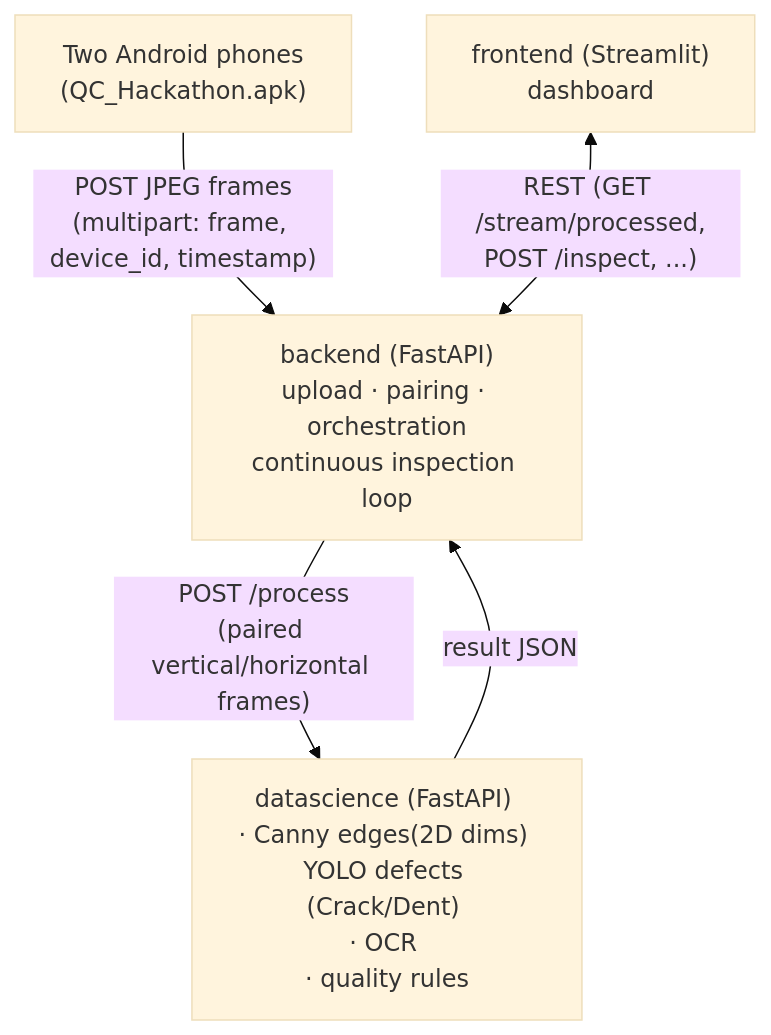
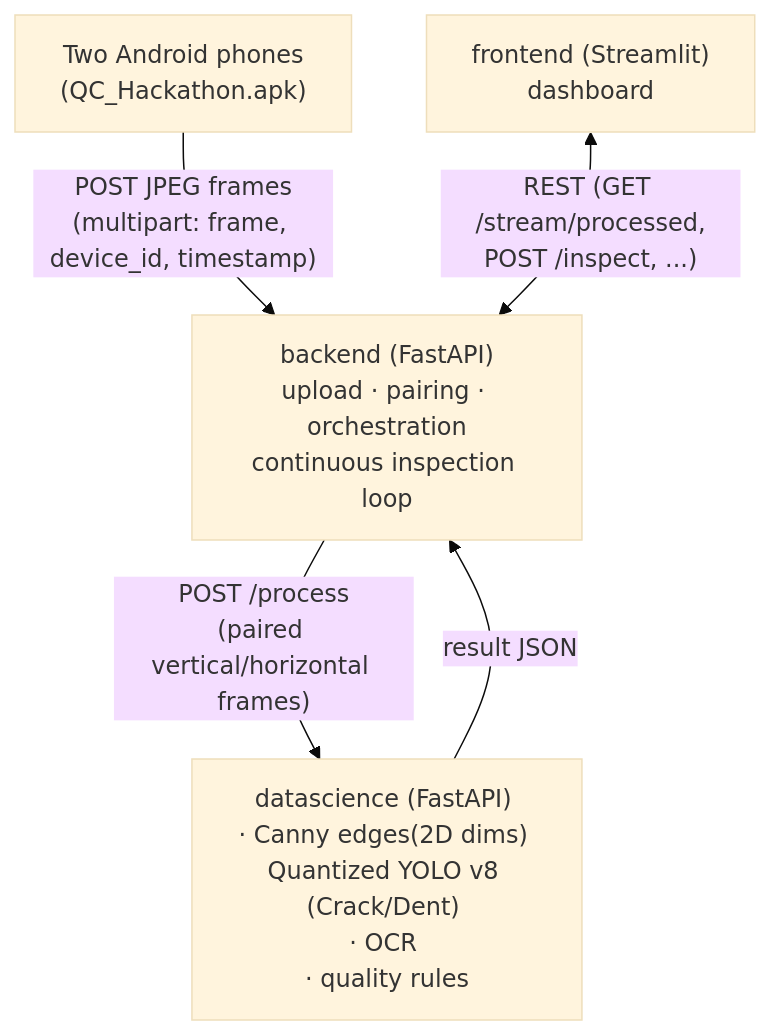
Before and after one commit to DeepMathukiya/Qul_Multiverse: the first of 2 diagrams in README.md, drawn with Mermaid (base theme). The commit also changed other lines of this file and 2 other files, not shown here.

````diff
--- a/README.md
+++ b/README.md
@@ -11,12 +11,12 @@
 ```mermaid
 flowchart TB
     Phones["Two Android phones<br/>(QC_Hackathon.apk)"]
     Backend["backend (FastAPI)<br/>upload · pairing · orchestration<br/>continuous inspection loop"]
-    Datascience["datascience (FastAPI) <br/>· Canny edges(2D dims) <br/>YOLO defects (Crack/Dent) <br/>· OCR <br/>· quality rules"]
+    Datascience["datascience (FastAPI) <br/>· Canny edges(2D dims) <br/>Quantized YOLO v8 (Crack/Dent) <br/>· OCR <br/>· quality rules"]
     Frontend["frontend (Streamlit)<br/>dashboard"]
 
     Phones -->|"POST JPEG frames<br/>(multipart: frame, device_id, timestamp)"| Backend
     Backend -->|"POST /process<br/>(paired vertical/horizontal frames)"| Datascience
     Datascience -->|result JSON| Backend
     Frontend <-->|"REST (GET /stream/processed,<br/>POST /inspect, ...)"| Backend
 ```
````
